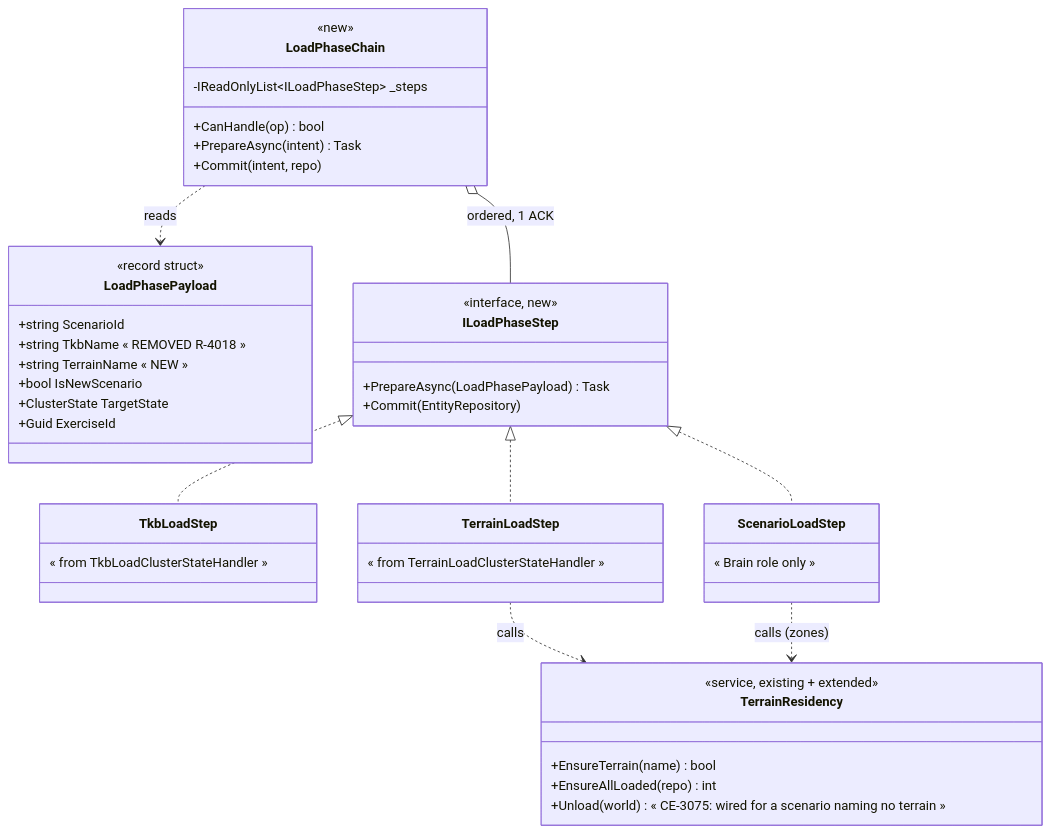
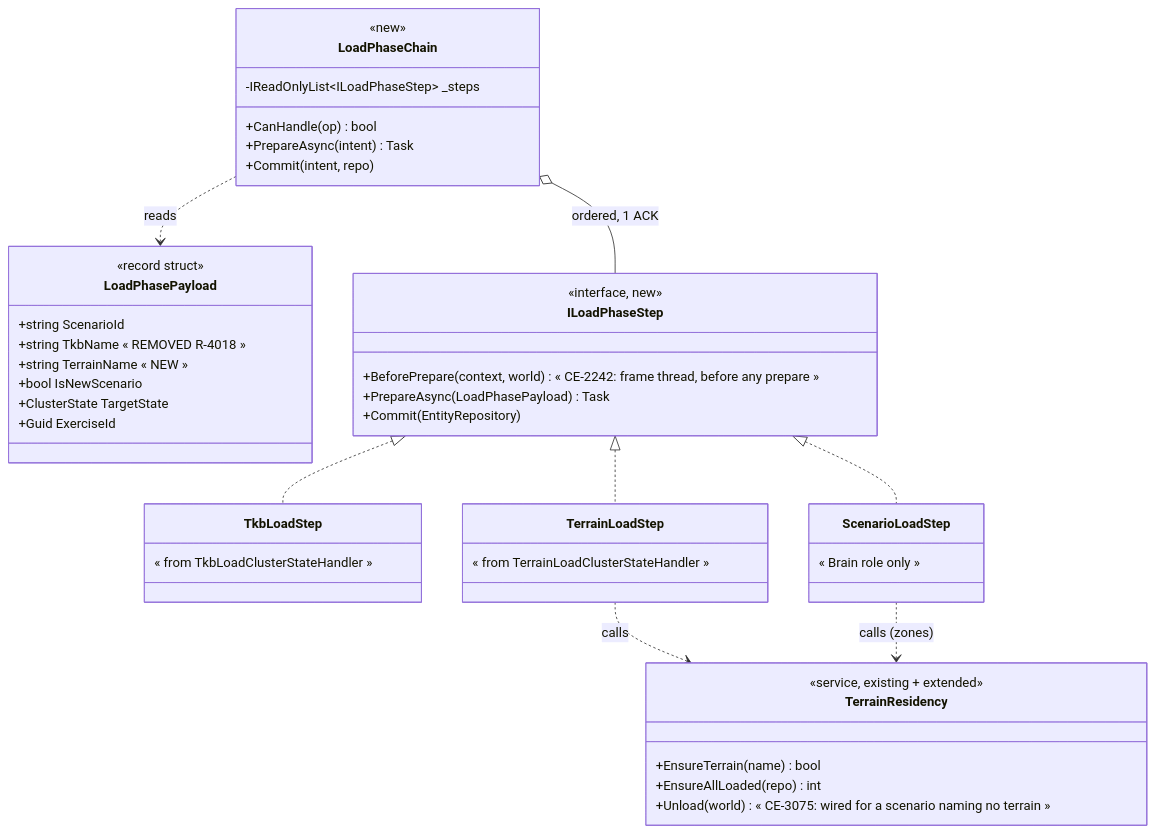
One commit to pjanec/HROT changed the third of 14 diagrams in docs/DESIGN_Cluster_Load_Phase.md. Above: the diagram before and after it, drawn with Mermaid. The commit also changed other lines of this file and 7 other files, not shown here.

````diff
--- a/docs/DESIGN_Cluster_Load_Phase.md
+++ b/docs/DESIGN_Cluster_Load_Phase.md
@@ -197,47 +197,48 @@
 ```mermaid
 classDiagram
   class LoadPhasePayload {
     <<record struct>>
     +string ScenarioId
     +string TkbName      « REMOVED R-4018 »
     +string TerrainName  « NEW »
     +bool IsNewScenario
     +ClusterState TargetState
     +Guid ExerciseId
   }
   class LoadPhaseChain {
     <<new>>
     +CanHandle(op) bool
     +PrepareAsync(intent) Task
     +Commit(intent, repo)
     -IReadOnlyList~ILoadPhaseStep~ _steps
   }
   class ILoadPhaseStep {
     <<interface, new>>
+    +BeforePrepare(context, world) « CE-2242: frame thread, before any prepare »
     +PrepareAsync(LoadPhasePayload) Task
     +Commit(EntityRepository)
   }
   class TkbLoadStep {
     « from TkbLoadClusterStateHandler »
   }
   class TerrainLoadStep {
     « from TerrainLoadClusterStateHandler »
   }
   class ScenarioLoadStep {
     « Brain role only »
   }
   class TerrainResidency {
     <<service, existing + extended>>
     +EnsureTerrain(name) bool
     +EnsureAllLoaded(repo) int
     +Unload(world) « CE-3075: wired for a scenario naming no terrain »
   }
 
   LoadPhaseChain o-- ILoadPhaseStep : ordered, 1 ACK
   ILoadPhaseStep <|.. TkbLoadStep
   ILoadPhaseStep <|.. TerrainLoadStep
   ILoadPhaseStep <|.. ScenarioLoadStep
   TerrainLoadStep ..> TerrainResidency : calls
   ScenarioLoadStep ..> TerrainResidency : calls (zones)
   LoadPhaseChain ..> LoadPhasePayload : reads
 ```
````
